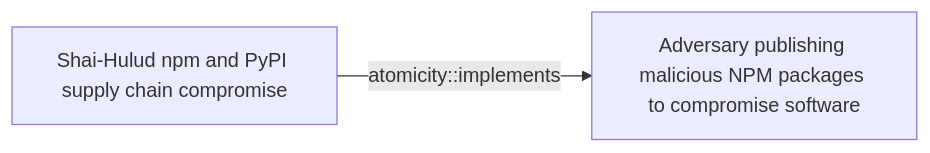
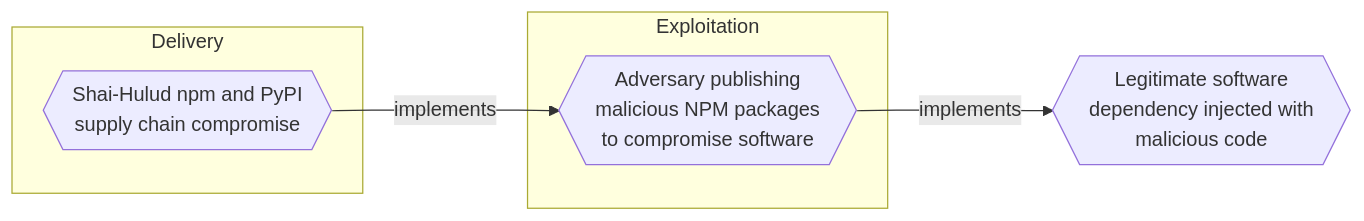
The first of 2 diagrams in docs/threats/shai-hulud-npm-and-pypi-supply-chain-compromise.md (opentidehq/library), drawn with Mermaid before and after one commit. The commit also changed other lines of this file and 540 other files, not shown here.

````diff
--- a/docs/threats/shai-hulud-npm-and-pypi-supply-chain-compromise.md
+++ b/docs/threats/shai-hulud-npm-and-pypi-supply-chain-compromise.md
@@ -272,6 +290,12 @@
 ```mermaid
 flowchart LR
-59548b96_9b01_414c_badd_c0bf2ab40d9a["Shai-Hulud npm and PyPI supply chain compromise"]
-d24f2b4a_80fc_4ee7_9293_3f6e9e3bbbe4["Adversary publishing malicious NPM packages to compromise software"]
-59548b96_9b01_414c_badd_c0bf2ab40d9a -->|atomicity::implements| d24f2b4a_80fc_4ee7_9293_3f6e9e3bbbe4
+subgraph "Delivery"
+59548b96_9b01_414c_badd_c0bf2ab40d9a{{"Shai-Hulud npm and PyPI<br>supply chain compromise"}}
+end
+subgraph "Exploitation"
+d24f2b4a_80fc_4ee7_9293_3f6e9e3bbbe4{{"Adversary publishing<br>malicious NPM packages<br>to compromise software"}}
+end
+b6887f4b_eeae_462c_a2ac_7454efb5eabc{{"Legitimate software<br>dependency injected with<br>malicious code"}}
+59548b96_9b01_414c_badd_c0bf2ab40d9a -->|implements| d24f2b4a_80fc_4ee7_9293_3f6e9e3bbbe4
+d24f2b4a_80fc_4ee7_9293_3f6e9e3bbbe4 -->|implements| b6887f4b_eeae_462c_a2ac_7454efb5eabc
 ```
````
